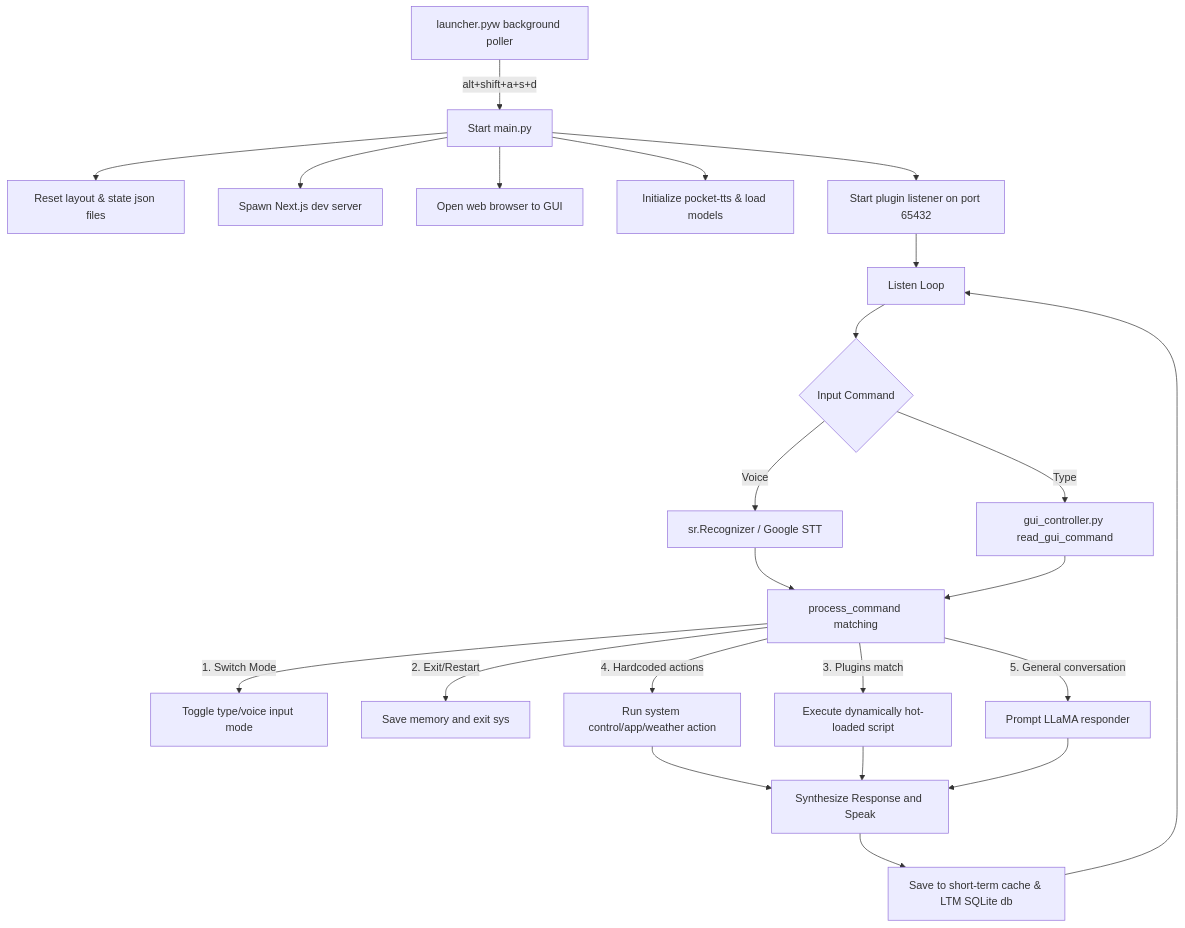
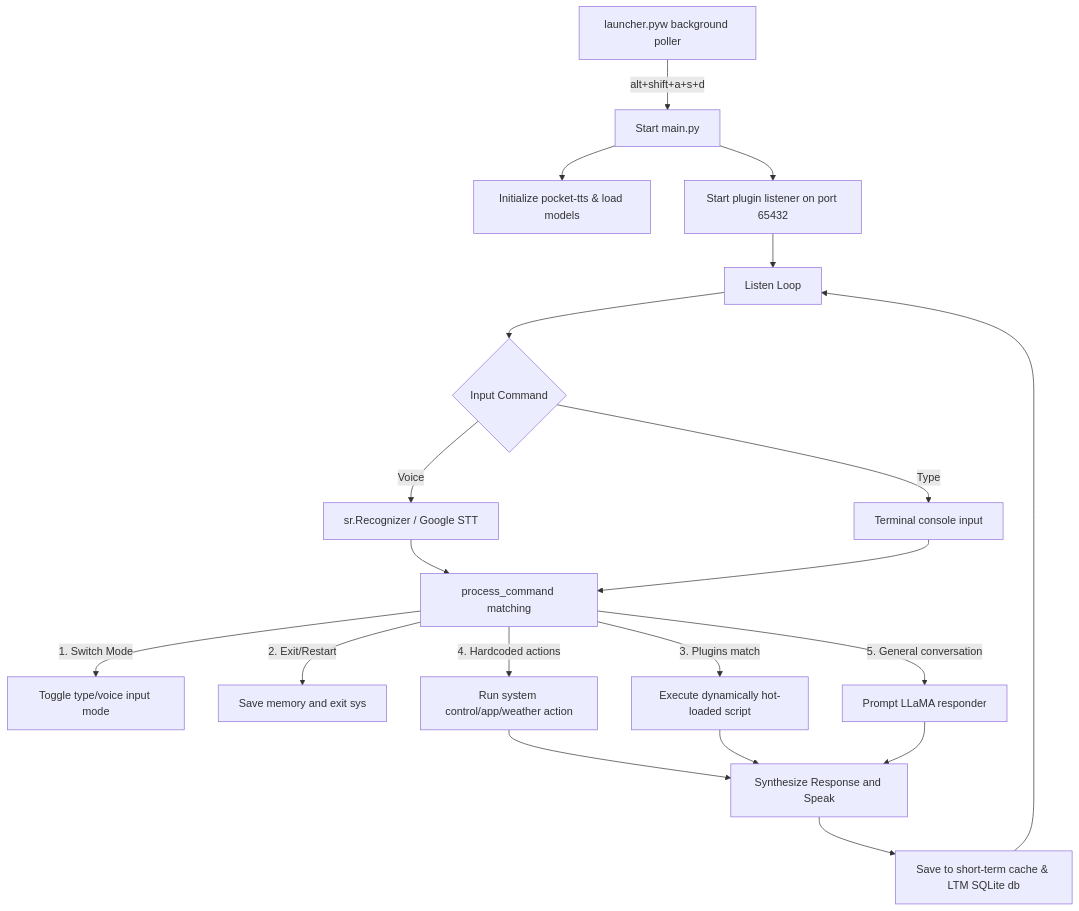
One commit to Coder-H-1/ALFRED changed the diagram in README.md. Above: the diagram before and after it, drawn with Mermaid. The commit also changed other lines of this file and 38 other files, not shown here.

Commit message:
Removed the GUI from whole project and cleaned traces of node.js and web gui components; clean setup for new GUI integration

````diff
--- a/README.md
+++ b/README.md
@@ -122,30 +93,27 @@
 ```mermaid
 flowchart TD
     Launcher[launcher.pyw background poller] -->|alt+shift+a+s+d| Launch[Start main.py]
-    Launch --> ResetGUI[Reset layout & state json files]
-    Launch --> StartServer[Spawn Next.js dev server]
-    Launch --> OpenBrowser[Open web browser to GUI]
     Launch --> InitTTS[Initialize pocket-tts & load models]
     Launch --> StartSocket[Start plugin listener on port 65432]
     
     StartSocket --> Loop[Listen Loop]
     Loop --> Input{Input Command}
     Input -->|Voice| Speech[sr.Recognizer / Google STT]
-    Input -->|Type| GUIInput[gui_controller.py read_gui_command]
+    Input -->|Type| ConsoleInput[Terminal console input]
     
     Speech --> Process[process_command matching]
-    GUIInput --> Process
+    ConsoleInput --> Process
     
     Process -->|1. Switch Mode| Toggle[Toggle type/voice input mode]
     Process -->|2. Exit/Restart| Terminate[Save memory and exit sys]
     Process -->|3. Plugins match| PluginRun[Execute dynamically hot-loaded script]
     Process -->|4. Hardcoded actions| SysAction[Run system control/app/weather action]
     Process -->|5. General conversation| LLMResponse[Prompt LLaMA responder]
     
     SysAction --> Speak[Synthesize Response and Speak]
     PluginRun --> Speak
     LLMResponse --> Speak
     
     Speak --> SaveMem[Save to short-term cache & LTM SQLite db]
     SaveMem --> Loop
 ```
````
